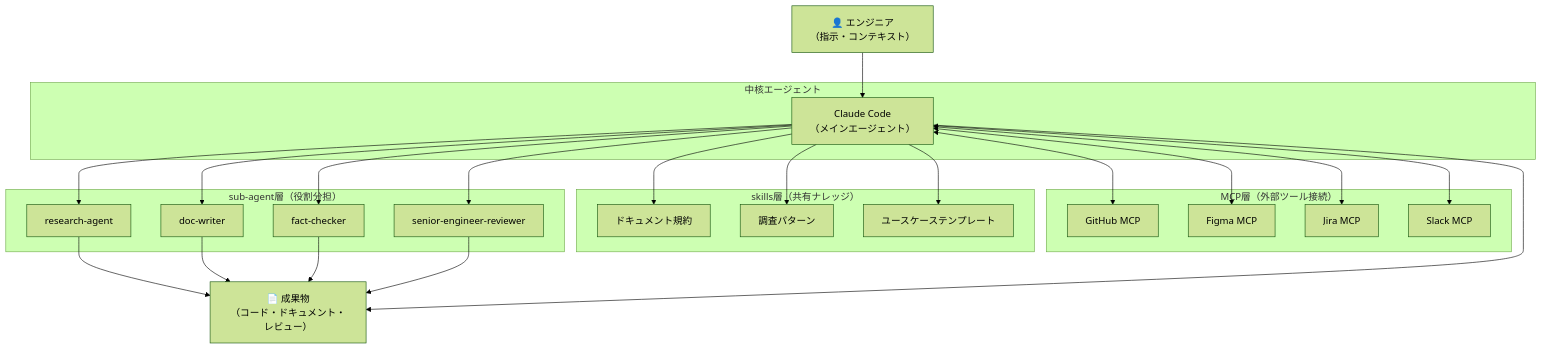
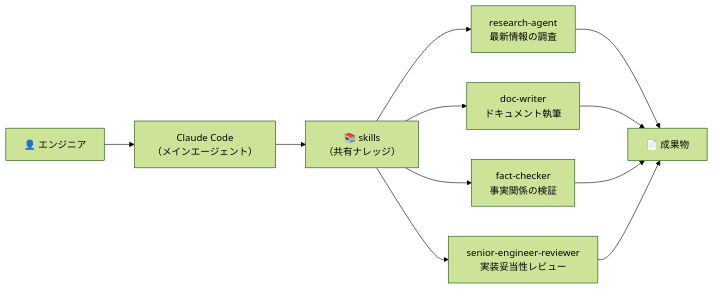
The first of 23 diagrams in AI駆動開発.md (takuma39/ai), drawn with Mermaid (forest theme) before and after one commit. The commit also changed other lines of this file, not shown here.

Commit message:
update: AI駆動開発.mdを更新

````diff
--- a/AI駆動開発.md
+++ b/AI駆動開発.md
@@ -70,37 +70,13 @@
 ```mermaid
-flowchart TD
-    Human["👤 エンジニア<br/>（指示・コンテキスト）"]
+flowchart LR
+    Human["👤 エンジニア"] --> CC["Claude Code<br/>（メインエージェント）"]
 
-    subgraph CoreAgent["中核エージェント"]
-        CC["Claude Code<br/>（メインエージェント）"]
-    end
+    CC --> Skills["📚 skills<br/>（共有ナレッジ）"]
 
-    subgraph MCP["MCP層（外部ツール接続）"]
-        MCPGitHub["GitHub MCP"]
-        MCPFigma["Figma MCP"]
-        MCPJira["Jira MCP"]
-        MCPSlack["Slack MCP"]
-    end
+    Skills --> SA1["research-agent<br/>最新情報の調査"]
+    Skills --> SA2["doc-writer<br/>ドキュメント執筆"]
+    Skills --> SA3["fact-checker<br/>事実関係の検証"]
+    Skills --> SA4["senior-engineer-reviewer<br/>実装妥当性レビュー"]
 
-    subgraph Skills["skills層（共有ナレッジ）"]
-        S1["ドキュメント規約"]
-        S2["調査パターン"]
-        S3["ユースケーステンプレート"]
-    end
-
-    subgraph SubAgents["sub-agent層（役割分担）"]
-        SA1["research-agent"]
-        SA2["doc-writer"]
-        SA3["fact-checker"]
-        SA4["senior-engineer-reviewer"]
-    end
-
-    Output["📄 成果物<br/>（コード・ドキュメント・レビュー）"]
-
-    Human --> CC
-    CC <--> MCPGitHub & MCPFigma & MCPJira & MCPSlack
-    CC --> S1 & S2 & S3
-    CC --> SA1 & SA2 & SA3 & SA4
-    SA1 & SA2 & SA3 & SA4 --> Output
-    CC --> Output
+    SA1 & SA2 & SA3 & SA4 --> Output["📄 成果物"]
 ```
````
